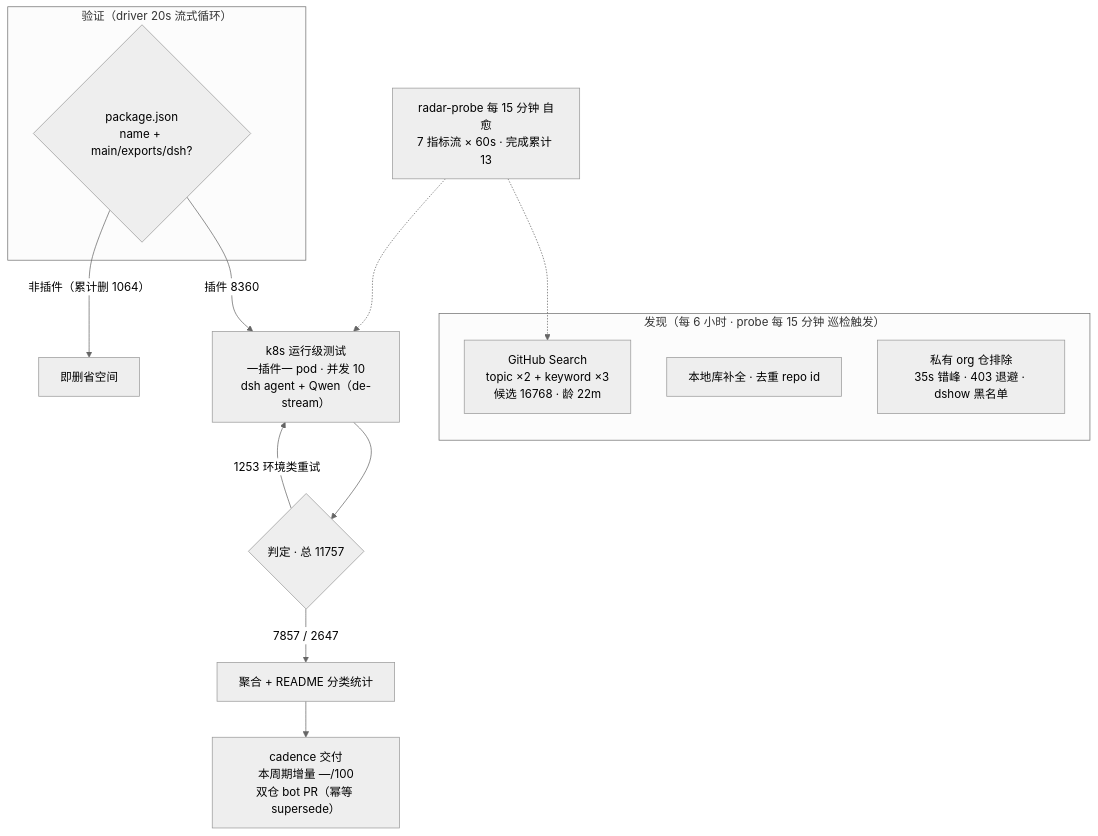
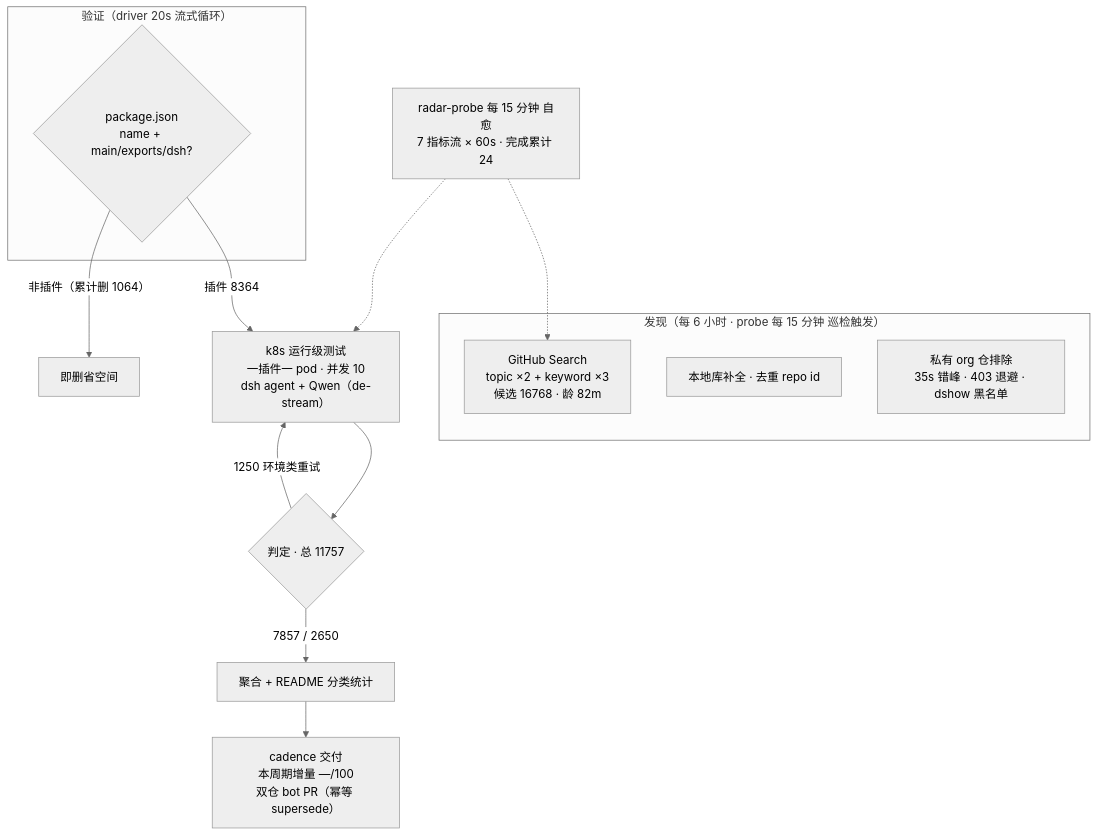
One commit to Zhidao-Lab-OSS/awesome-dsh-plugins changed the diagram in README.md. Above: the diagram before and after it, drawn with Mermaid (neutral theme). The commit also changed other lines of this file and 1 other file, not shown here.

````diff
--- a/README.md
+++ b/README.md
@@ -52,20 +52,20 @@
 ```mermaid
 flowchart TB
     subgraph Discovery["发现（每 6 小时 · probe 每 15 分钟 巡检触发）"]
-        A1["GitHub Search<br/>topic ×2 + keyword ×3<br/>候选 16768 · 龄 22m"]
+        A1["GitHub Search<br/>topic ×2 + keyword ×3<br/>候选 16768 · 龄 82m"]
         A2["本地库补全 · 去重 repo id"]
         A3["私有 org 仓排除<br/>35s 错峰 · 403 退避 · dshow 黑名单"]
     end
     subgraph Validation["验证（driver 20s 流式循环）"]
         B1{"package.json<br/>name + main/exports/dsh?"}
     end
-    B1 -->|"插件 8360"| C1["k8s 运行级测试<br/>一插件一 pod · 并发 10<br/>dsh agent + Qwen（de-stream）"]
+    B1 -->|"插件 8364"| C1["k8s 运行级测试<br/>一插件一 pod · 并发 10<br/>dsh agent + Qwen（de-stream）"]
     B1 -->|"非插件（累计删 1064）"| B3["即删省空间"]
     C1 --> D1{"判定 · 总 11757"}
-    D1 -->|"7857 / 2647"| E1["聚合 + README 分类统计"]
-    D1 -->|"1253 环境类重试"| C1
+    D1 -->|"7857 / 2650"| E1["聚合 + README 分类统计"]
+    D1 -->|"1250 环境类重试"| C1
     E1 --> E2["cadence 交付<br/>本周期增量 —/100<br/>双仓 bot PR（幂等 supersede）"]
-    M["radar-probe 每 15 分钟 自愈<br/>7 指标流 × 60s · 完成累计 13"]
+    M["radar-probe 每 15 分钟 自愈<br/>7 指标流 × 60s · 完成累计 24"]
     M -.-> A1
     M -.-> C1
 ```
````
